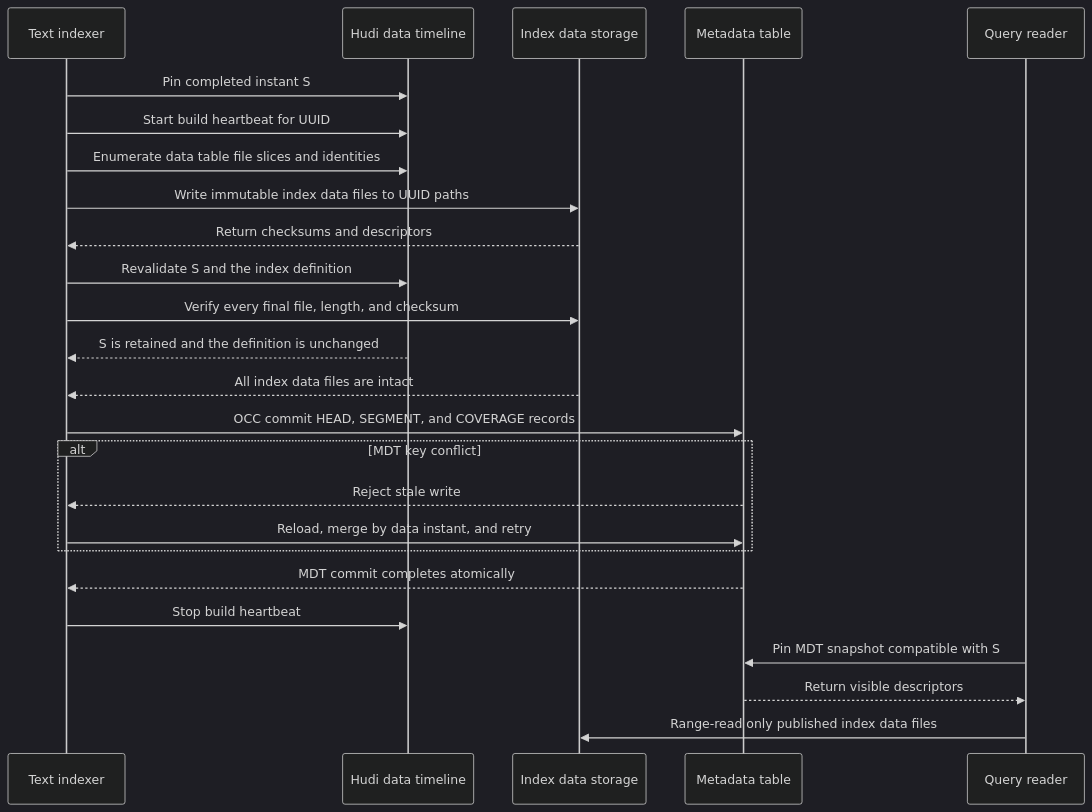
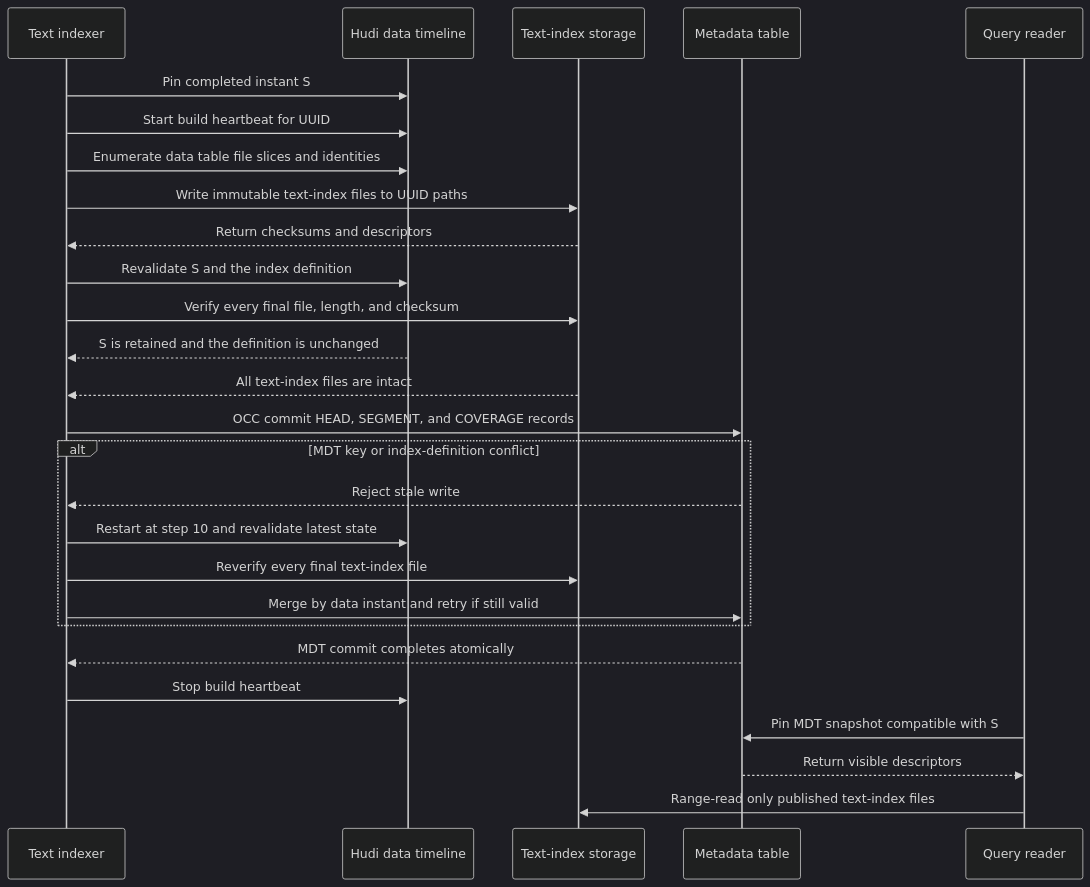
Before and after one commit to apache/hudi: the third of 4 diagrams in rfc/rfc-110/rfc-110.md, drawn with Mermaid (dark theme). The commit also changed other lines of this file, not shown here.

Commit message:
docs: rewrite RFC-110 with Hudi-first architecture

````diff
--- a/rfc/rfc-110/rfc-110.md
+++ b/rfc/rfc-110/rfc-110.md
@@ -723,28 +718,30 @@
 ```mermaid
 sequenceDiagram
     participant I as Text indexer
     participant D as Hudi data timeline
-    participant S as Index data storage
+    participant S as Text-index storage
     participant M as Metadata table
     participant Q as Query reader
 
     I->>D: Pin completed instant S
     I->>D: Start build heartbeat for UUID
     I->>D: Enumerate data table file slices and identities
-    I->>S: Write immutable index data files to UUID paths
+    I->>S: Write immutable text-index files to UUID paths
     S-->>I: Return checksums and descriptors
     I->>D: Revalidate S and the index definition
     I->>S: Verify every final file, length, and checksum
     D-->>I: S is retained and the definition is unchanged
-    S-->>I: All index data files are intact
+    S-->>I: All text-index files are intact
     I->>M: OCC commit HEAD, SEGMENT, and COVERAGE records
-    alt MDT key conflict
+    alt MDT key or index-definition conflict
         M-->>I: Reject stale write
-        I->>M: Reload, merge by data instant, and retry
+        I->>D: Restart at step 10 and revalidate latest state
+        I->>S: Reverify every final text-index file
+        I->>M: Merge by data instant and retry if still valid
     end
     M-->>I: MDT commit completes atomically
     I->>D: Stop build heartbeat
     Q->>M: Pin MDT snapshot compatible with S
     M-->>Q: Return visible descriptors
-    Q->>S: Range-read only published index data files
+    Q->>S: Range-read only published text-index files
 ```
````
